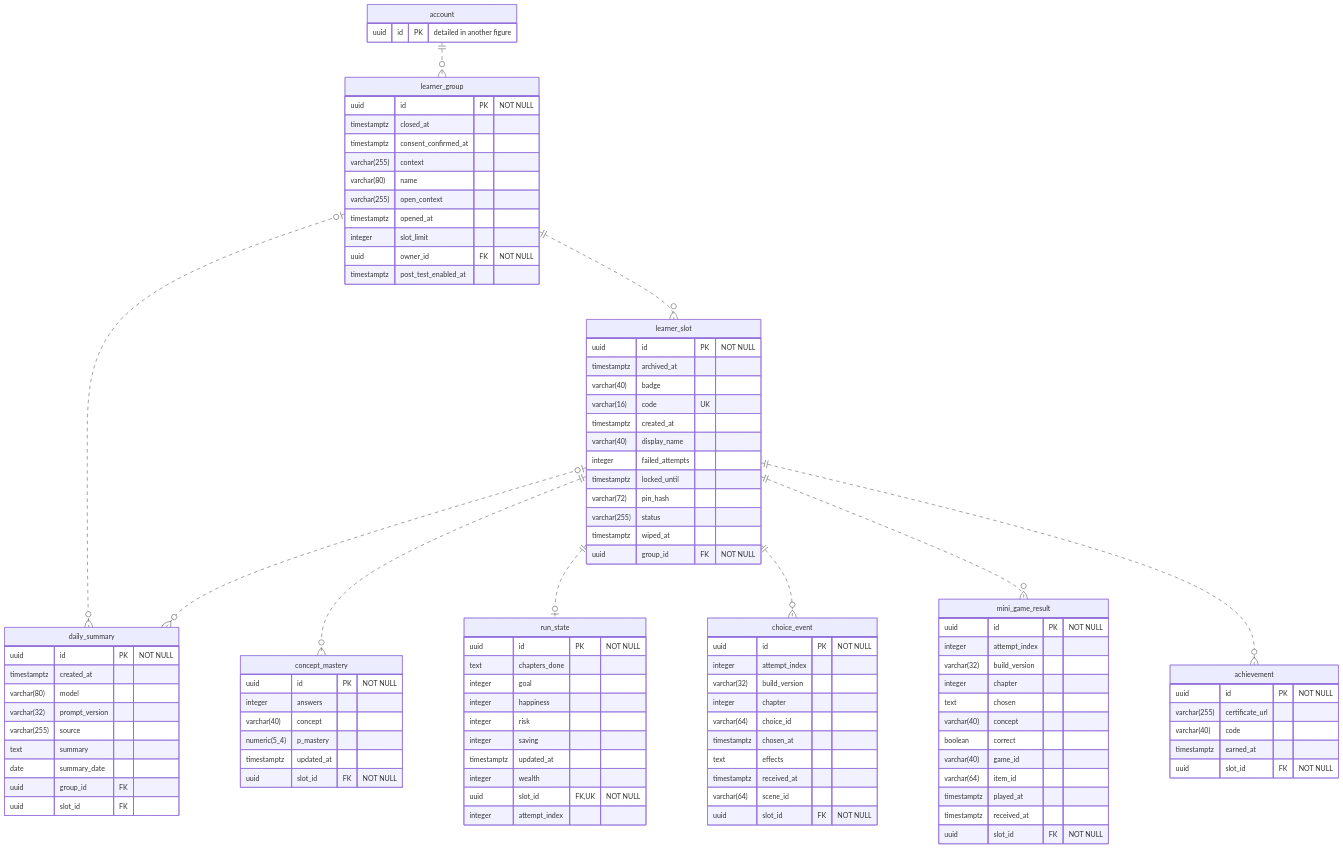
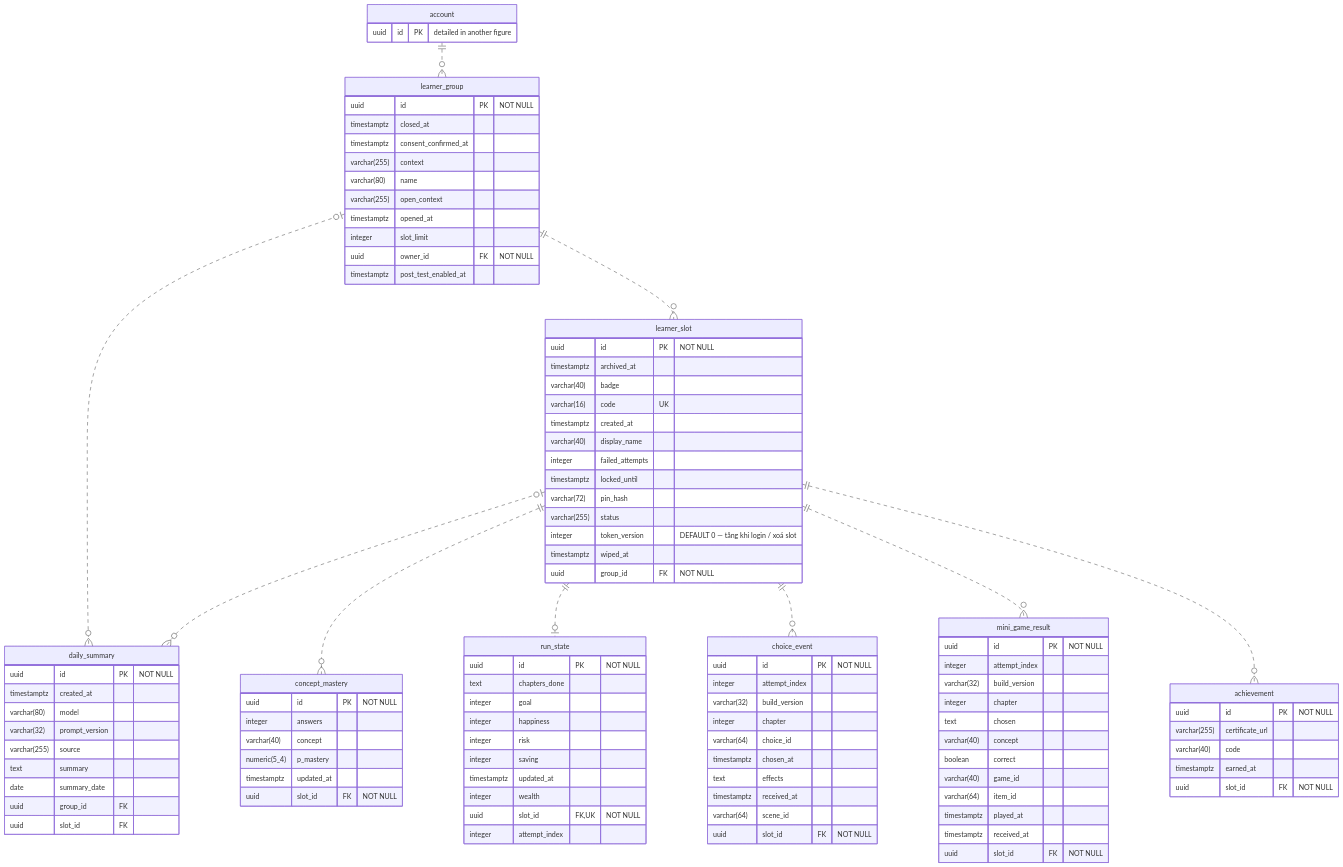
The eighth of 10 diagrams in docs/diagrams/erd.md (NamHungBBB1/do-an-BE), drawn with Mermaid before and after one commit. The commit also changed other lines of this file and 3 other files, not shown here.

First line of the commit message:
docs(slot): dong bo schema.sql, erd.md, state-machines.md voi ban v3

```diff
--- a/docs/diagrams/erd.md
+++ b/docs/diagrams/erd.md
@@ -661,6 +705,7 @@
         timestamptz locked_until
         varchar(72) pin_hash
         varchar(255) status
+        integer token_version "DEFAULT 0 — tăng khi login / xoá slot"
         timestamptz wiped_at
         uuid group_id FK "NOT NULL"
     }
```
